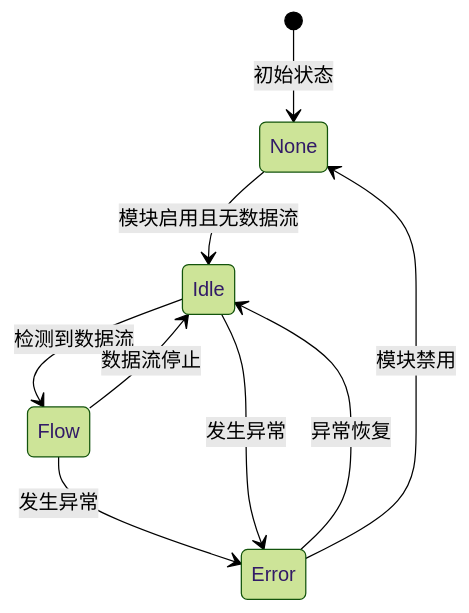
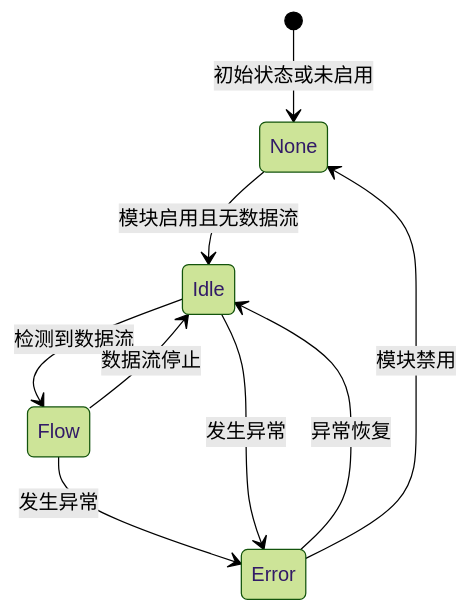
Before and after one commit to jakecai1225-design/OpenBus: the seventh of 10 diagrams in .qoder/repowiki/zh/content/架构设计/UI系统设计/测量设置视图组件.md, drawn with Mermaid (forest theme). The commit also changed other lines of this file and 16 other files, not shown here.

Commit message:
新增信号发生器 flow 拖拽文件

````diff
--- a/.qoder/repowiki/zh/content/架构设计/UI系统设计/测量设置视图组件.md
+++ b/.qoder/repowiki/zh/content/架构设计/UI系统设计/测量设置视图组件.md
@@ -486,11 +497,11 @@
 ```mermaid
 stateDiagram-v2
-[*] --> None : 初始状态
+[*] --> None : 初始状态或未启用
 None --> Idle : 模块启用且无数据流
 Idle --> Flow : 检测到数据流
 Flow --> Idle : 数据流停止
 Flow --> Error : 发生异常
 Idle --> Error : 发生异常
 Error --> Idle : 异常恢复
 Error --> None : 模块禁用
 ```
````
